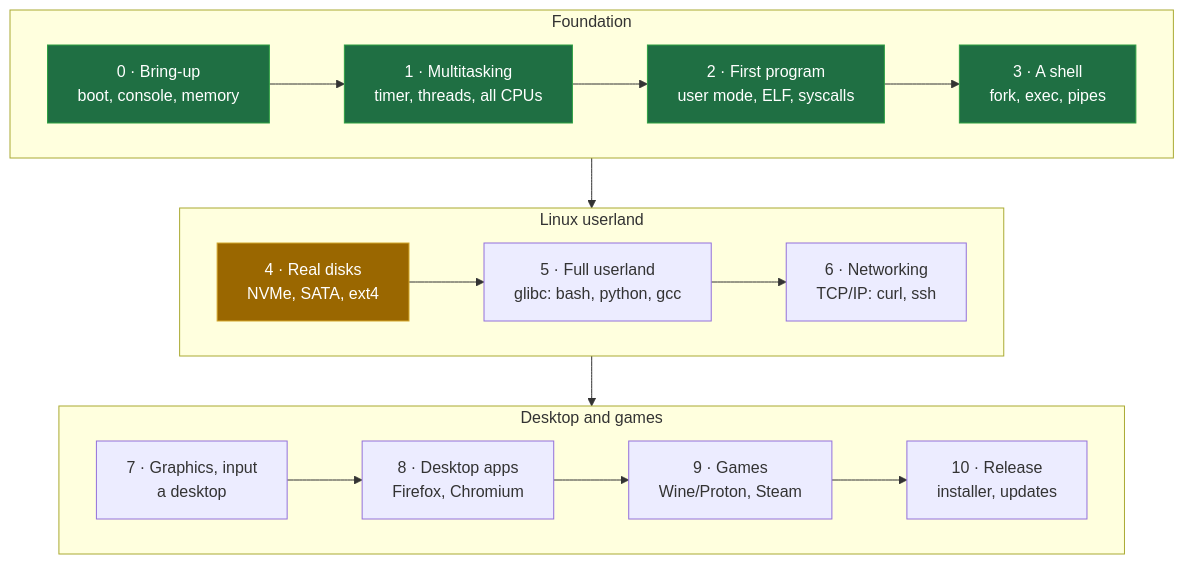
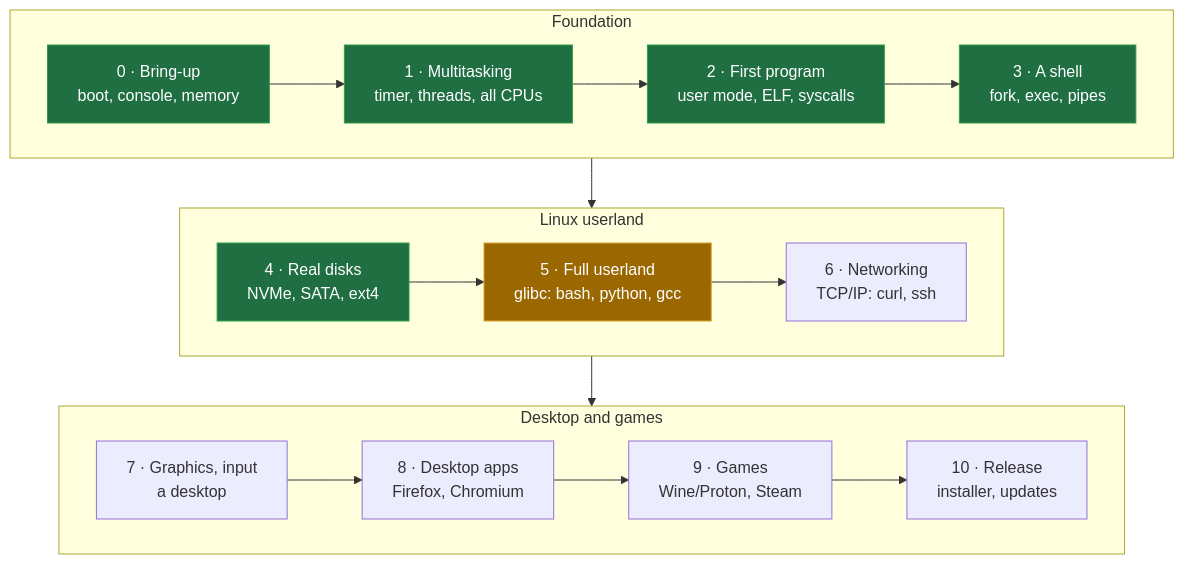
Before and after one commit to SegMind25/SegOS: the sixth of 6 diagrams in README.md, drawn with Mermaid. The commit also changed other lines of this file and 29 other files, not shown here.

First line of the commit message:
Phase 4: boot from an ext4 disk (PCI, virtio-blk, NVMe, AHCI, ext4 read/write, page cache, mounts)

````diff
--- a/README.md
+++ b/README.md
@@ -191,18 +195,18 @@
 ```mermaid
 flowchart TB
     subgraph F["Foundation"]
         direction LR
         P0["0 · Bring-up<br/>boot, console, memory"]:::done --> P1["1 · Multitasking<br/>timer, threads, all CPUs"]:::done --> P2["2 · First program<br/>user mode, ELF, syscalls"]:::done --> P3["3 · A shell<br/>fork, exec, pipes"]:::done
     end
     subgraph L["Linux userland"]
         direction LR
-        P4["4 · Real disks<br/>NVMe, SATA, ext4"]:::next --> P5["5 · Full userland<br/>glibc: bash, python, gcc"] --> P6["6 · Networking<br/>TCP/IP: curl, ssh"]
+        P4["4 · Real disks<br/>NVMe, SATA, ext4"]:::done --> P5["5 · Full userland<br/>glibc: bash, python, gcc"]:::next --> P6["6 · Networking<br/>TCP/IP: curl, ssh"]
     end
     subgraph D["Desktop and games"]
         direction LR
         P7["7 · Graphics, input<br/>a desktop"] --> P8["8 · Desktop apps<br/>Firefox, Chromium"] --> P9["9 · Games<br/>Wine/Proton, Steam"] --> P10["10 · Release<br/>installer, updates"]
     end
     F --> L --> D
     classDef done fill:#1f6f43,stroke:#2ea043,color:#fff
     classDef next fill:#9a6700,stroke:#d4a72c,color:#fff
 ```
````
